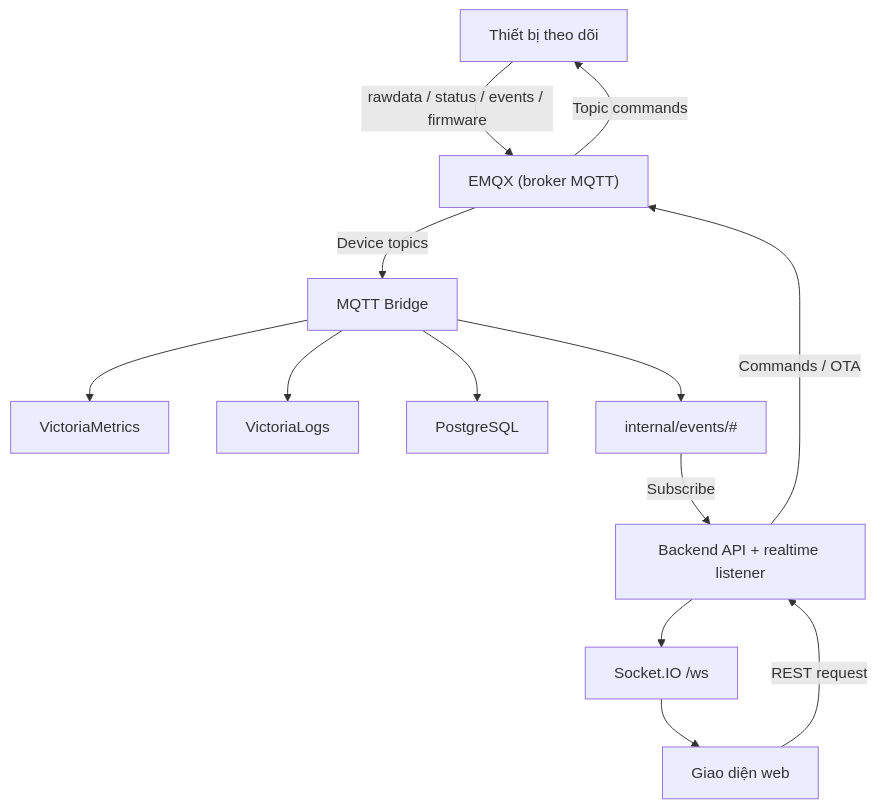
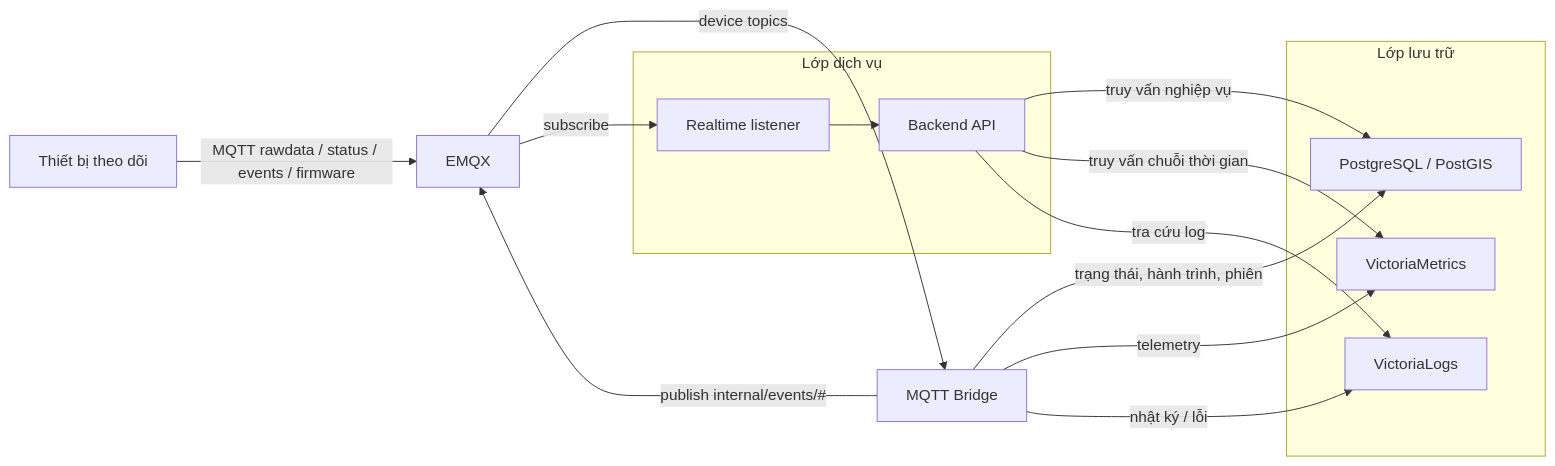
The diagram in resources/reports/thesis/final/assets/uml/05-chuong-3-giai-phap-backend-hinh-3-12.mmd (anmh1205/IoT_Vehicle_Tracking_System), drawn with Mermaid before and after one commit. The commit also changed 784 other files, not shown here.

```diff
--- a/resources/reports/thesis/final/assets/uml/05-chuong-3-giai-phap-backend-hinh-3-12.mmd
+++ b/resources/reports/thesis/final/assets/uml/05-chuong-3-giai-phap-backend-hinh-3-12.mmd
@@ -1,13 +1,24 @@
-flowchart TB
-    Device["Thiết bị theo dõi"] -->|rawdata / status / events / firmware| EMQX["EMQX (broker MQTT)"]
-    EMQX -->|Device topics| Bridge["MQTT Bridge"]
-    Bridge --> VictoriaMetricsNode["VictoriaMetrics"]
-    Bridge --> VictoriaLogsNode["VictoriaLogs"]
-    Bridge --> PostgreSQLNode["PostgreSQL"]
-    Bridge --> Internal["internal/events/#"]
-    Internal -->|Subscribe| API["Backend API + realtime listener"]
-    Dashboard["Giao diện web"] -->|REST request| API
-    API --> Socket["Socket.IO /ws"]
-    Socket --> Dashboard["Giao diện web"]
-    API -->|Commands / OTA| EMQX
-    EMQX -->|Topic commands| Device
+flowchart LR
+    Device["Thiết bị theo dõi"] -->|MQTT rawdata / status / events / firmware| Broker["EMQX"]
+    Broker -->|device topics| Bridge["MQTT Bridge"]
+
+    subgraph Storage["Lớp lưu trữ"]
+        PG["PostgreSQL / PostGIS"]
+        Metrics["VictoriaMetrics"]
+        Logs["VictoriaLogs"]
+    end
+
+    subgraph Service["Lớp dịch vụ"]
+        Listener["Realtime listener"]
+        API["Backend API"]
+    end
+
+    Bridge -->|trạng thái, hành trình, phiên| PG
+    Bridge -->|telemetry| Metrics
+    Bridge -->|nhật ký / lỗi| Logs
+    Bridge -->|publish internal/events/#| Broker
+    Broker -->|subscribe| Listener
+    Listener --> API
+    API -->|truy vấn nghiệp vụ| PG
+    API -->|truy vấn chuỗi thời gian| Metrics
+    API -->|tra cứu log| Logs
```
